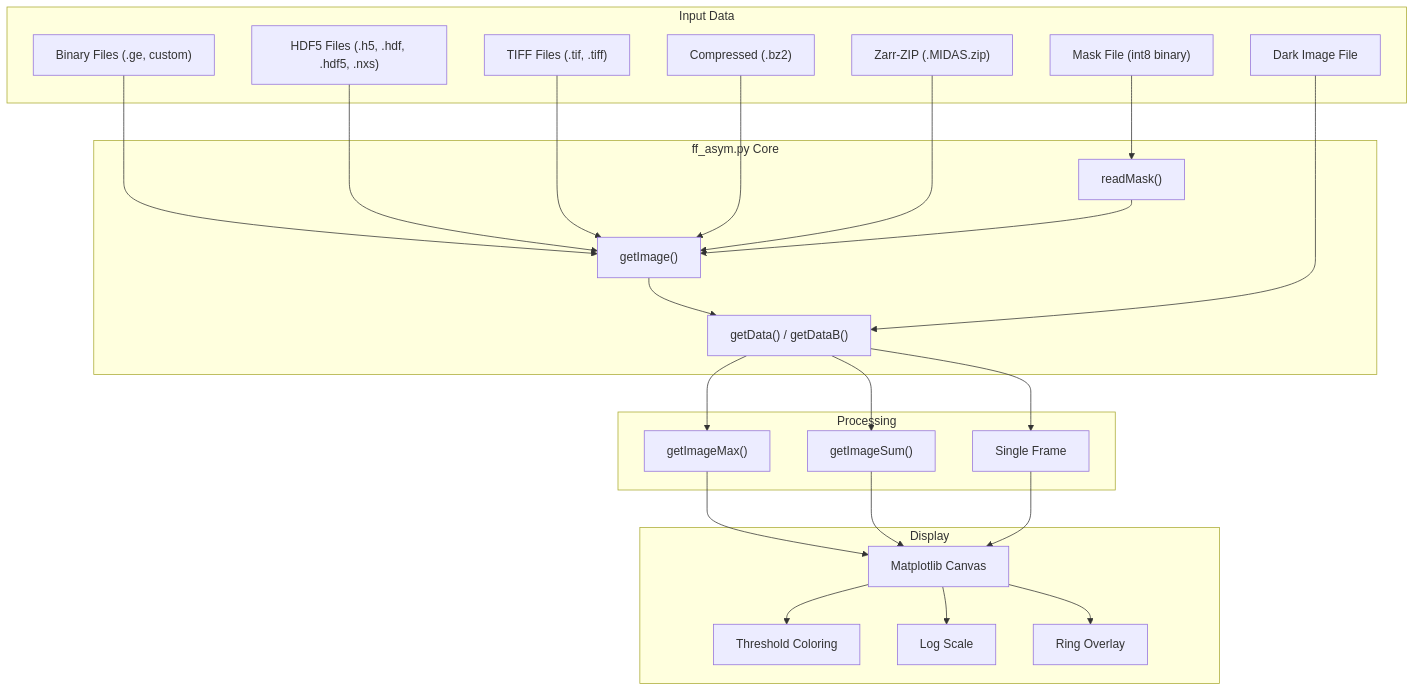
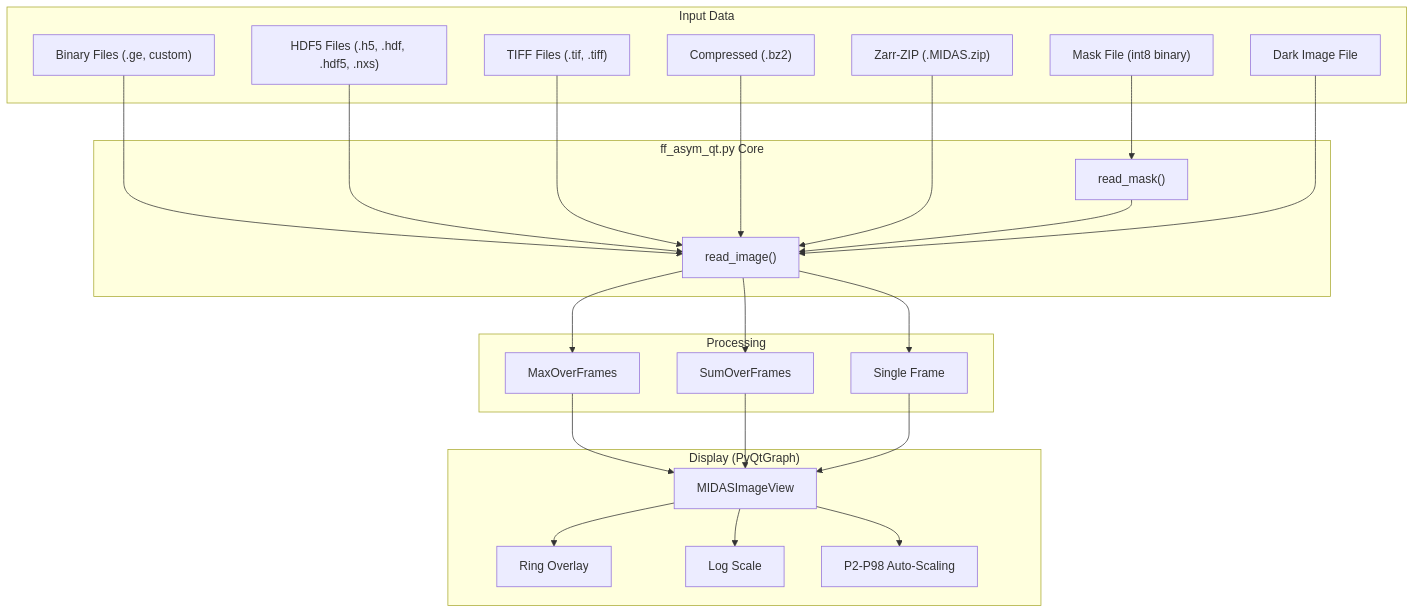
The diagram in manuals/FF_Visualization.md (marinerhemant/MIDAS), drawn with Mermaid before and after one commit. The commit also changed other lines of this file and 7 other files, not shown here.

````diff
--- a/manuals/FF_Visualization.md
+++ b/manuals/FF_Visualization.md
@@ -24,42 +30,40 @@
 ```mermaid
 graph TD
     subgraph "Input Data"
         BIN["Binary Files (.ge, custom)"]
         H5["HDF5 Files (.h5, .hdf, .hdf5, .nxs)"]
         TIF["TIFF Files (.tif, .tiff)"]
         BZ2["Compressed (.bz2)"]
         ZIP["Zarr-ZIP (.MIDAS.zip)"]
         MASK["Mask File (int8 binary)"]
         DARK["Dark Image File"]
     end
 
-    subgraph "ff_asym.py Core"
-        GI["getImage()"]
-        BIN --> GI
-        H5 --> GI
-        TIF --> GI
-        BZ2 --> GI
-        ZIP --> GI
-        RM["readMask()"]
+    subgraph "ff_asym_qt.py Core"
+        RI["read_image()"]
+        BIN --> RI
+        H5 --> RI
+        TIF --> RI
+        BZ2 --> RI
+        ZIP --> RI
+        RM["read_mask()"]
         MASK --> RM
-        RM --> GI
-        GD["getData() / getDataB()"]
-        GI --> GD
-        DARK --> GD
+        RM --> RI
+        DARK --> RI
     end
 
     subgraph "Processing"
-        GD --> MAX["getImageMax()"]
-        GD --> SUM["getImageSum()"]
-        GD --> SINGLE["Single Frame"]
+        RI --> MAX["MaxOverFrames"]
+        RI --> SUM["SumOverFrames"]
+        RI --> SINGLE["Single Frame"]
     end
 
-    subgraph "Display"
-        MAX --> PLOT["Matplotlib Canvas"]
+    subgraph "Display (PyQtGraph)"
+        MAX --> PLOT["MIDASImageView"]
         SUM --> PLOT
         SINGLE --> PLOT
-        PLOT --> THRESH["Threshold Coloring"]
+        PLOT --> RINGS["Ring Overlay"]
         PLOT --> LOG["Log Scale"]
-        PLOT --> RINGS["Ring Overlay"]
+        PLOT --> LEVELS["P2-P98 Auto-Scaling"]
     end
 ```
````
